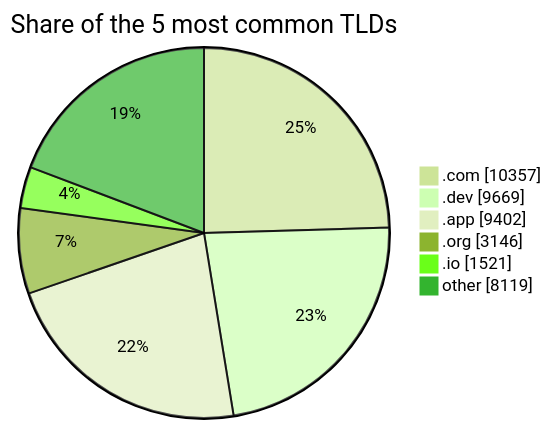
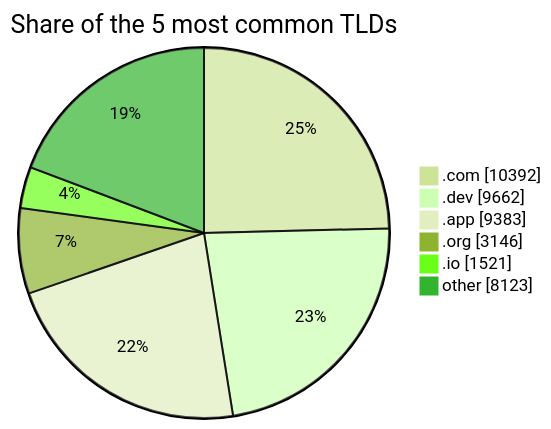
The third of 3 diagrams in README.md (DNSBunker/CTI), drawn with Mermaid (forest theme) before and after one commit. The commit also changed other lines of this file and 3 other files, not shown here.

````diff
--- a/README.md
+++ b/README.md
@@ -81,9 +81,9 @@
 ```mermaid
 pie showData title Share of the 5 most common TLDs
-    ".com" : 10357
-    ".dev" : 9669
-    ".app" : 9402
+    ".com" : 10392
+    ".dev" : 9662
+    ".app" : 9383
     ".org" : 3146
     ".io" : 1521
-    "other" : 8119
+    "other" : 8123
 ```
````
